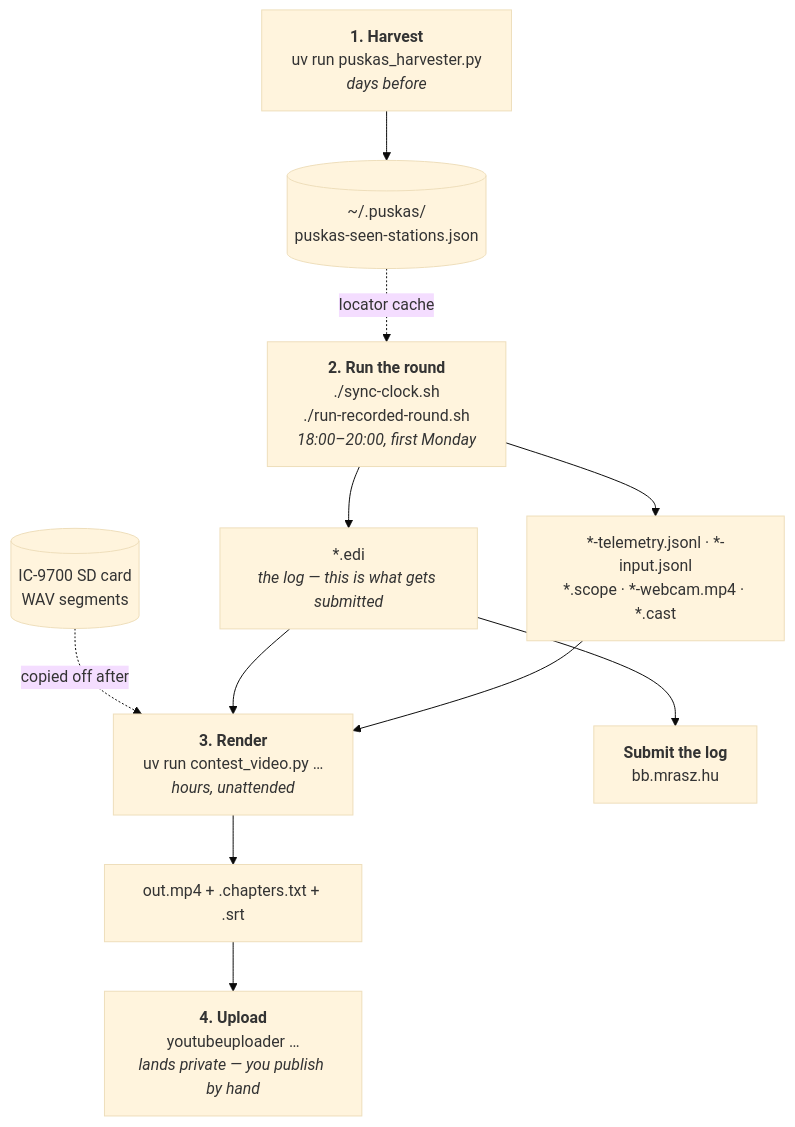
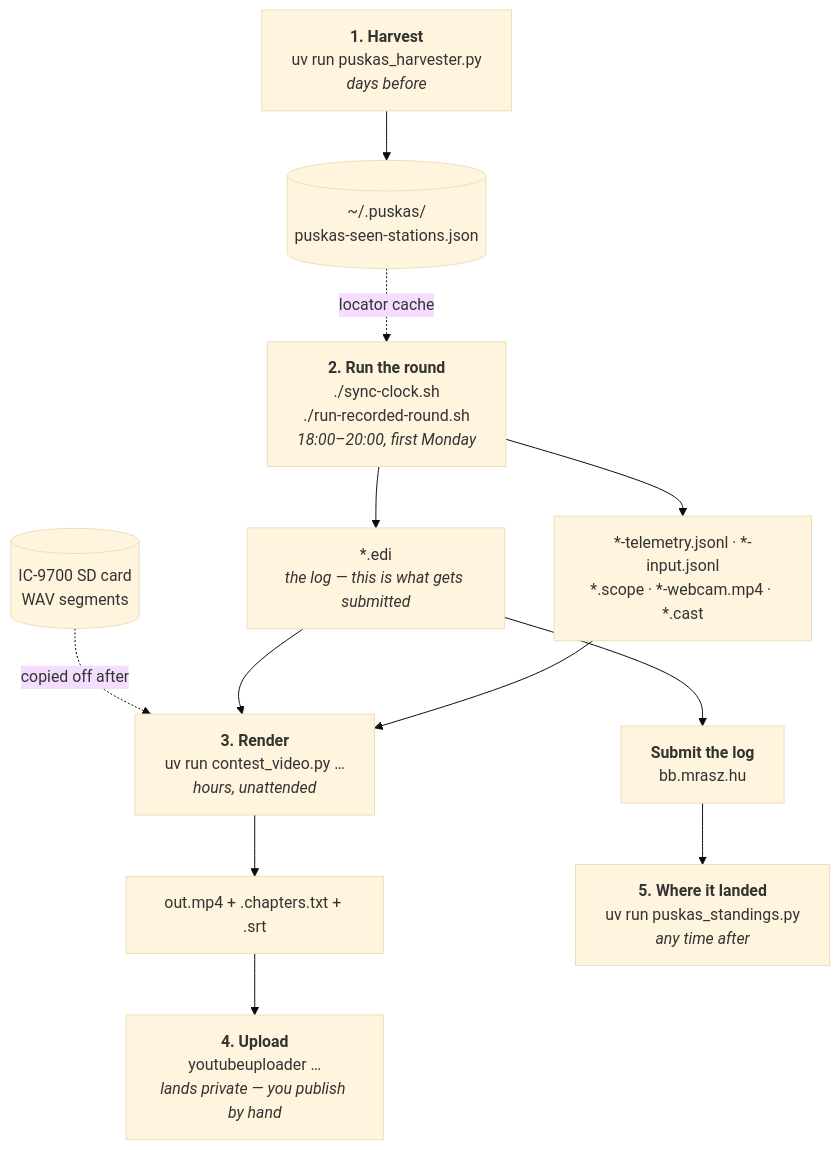
The diagram in docs/PIPELINE.md (ha5la/urhpk), drawn with Mermaid (base theme) before and after one commit. The commit also changed other lines of this file and 7 other files, not shown here.

First line of the commit message:
puskas_standings.py projects the year over un-evaluated rounds

````diff
--- a/docs/PIPELINE.md
+++ b/docs/PIPELINE.md
@@ -7,21 +7,22 @@
 ```mermaid
 flowchart TD
     H["<b>1. Harvest</b><br/>uv run puskas_harvester.py<br/><i>days before</i>"]
     --> HDB[("~/.puskas/<br/>puskas-seen-stations.json")]
 
     C["<b>2. Run the round</b><br/>./sync-clock.sh<br/>./run-recorded-round.sh<br/><i>18:00–20:00, first Monday</i>"]
     HDB -.locator cache.-> C
 
     C --> EDI["*.edi<br/><i>the log — this is what gets submitted</i>"]
     C --> SIDE["*-telemetry.jsonl · *-input.jsonl<br/>*.scope · *-webcam.mp4 · *.cast"]
     R[("IC-9700 SD card<br/>WAV segments")] -.copied off after.-> V
 
     V["<b>3. Render</b><br/>uv run contest_video.py …<br/><i>hours, unattended</i>"]
     EDI --> V
     SIDE --> V
     V --> MP4["out.mp4 + .chapters.txt + .srt"]
 
     MP4 --> U["<b>4. Upload</b><br/>youtubeuploader …<br/><i>lands private — you publish by hand</i>"]
 
     EDI --> S["<b>Submit the log</b><br/>bb.mrasz.hu"]
+    S --> ST["<b>5. Where it landed</b><br/>uv run puskas_standings.py<br/><i>any time after</i>"]
 ```
````
